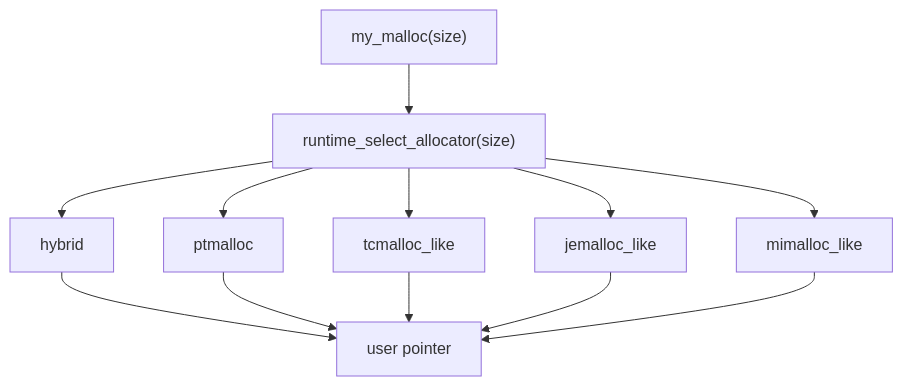
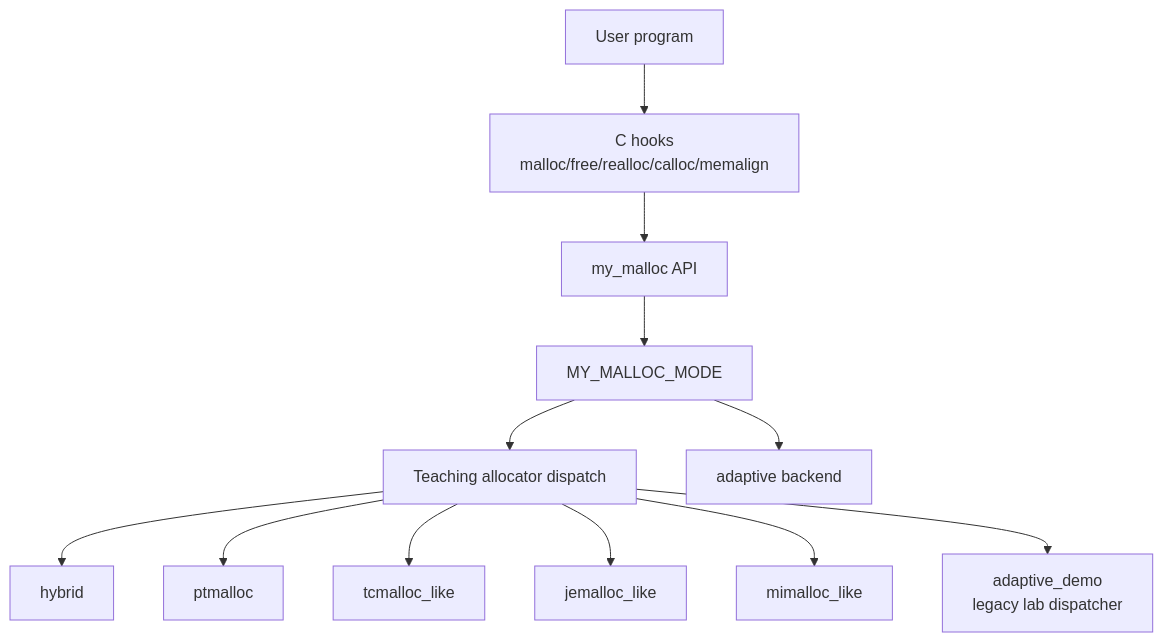
One commit to sdsasf/my_malloc changed the second of 3 diagrams in docs/system_architecture.md. Above: the diagram before and after it, drawn with Mermaid. The commit also changed other lines of this file and 23 other files, not shown here.

Commit message:
Add independent telemetry-driven adaptive allocator

````diff
--- a/docs/system_architecture.md
+++ b/docs/system_architecture.md
@@ -208,23 +84,27 @@
 ```mermaid
-flowchart TD
-    Malloc["my_malloc(size)"]
-    Dispatch["runtime_select_allocator(size)"]
-    HY["hybrid"]
+flowchart TB
+    User["User program"]
+    Hooks["C hooks<br/>malloc/free/realloc/calloc/memalign"]
+    API["my_malloc API"]
+    Mode["MY_MALLOC_MODE"]
+
+    LabDispatch["Teaching allocator dispatch"]
+    Adaptive["adaptive backend"]
+
+    Hybrid["hybrid"]
     PT["ptmalloc"]
     TC["tcmalloc_like"]
     JE["jemalloc_like"]
     MI["mimalloc_like"]
-    Return["user pointer"]
+    Demo["adaptive_demo<br/>legacy lab dispatcher"]
 
-    Malloc --> Dispatch
-    Dispatch --> HY
-    Dispatch --> PT
-    Dispatch --> TC
-    Dispatch --> JE
-    Dispatch --> MI
-    HY --> Return
-    PT --> Return
-    TC --> Return
-    JE --> Return
-    MI --> Return
+    User --> Hooks --> API --> Mode
+    Mode --> LabDispatch
+    Mode --> Adaptive
+    LabDispatch --> Hybrid
+    LabDispatch --> PT
+    LabDispatch --> TC
+    LabDispatch --> JE
+    LabDispatch --> MI
+    LabDispatch --> Demo
 ```
````
